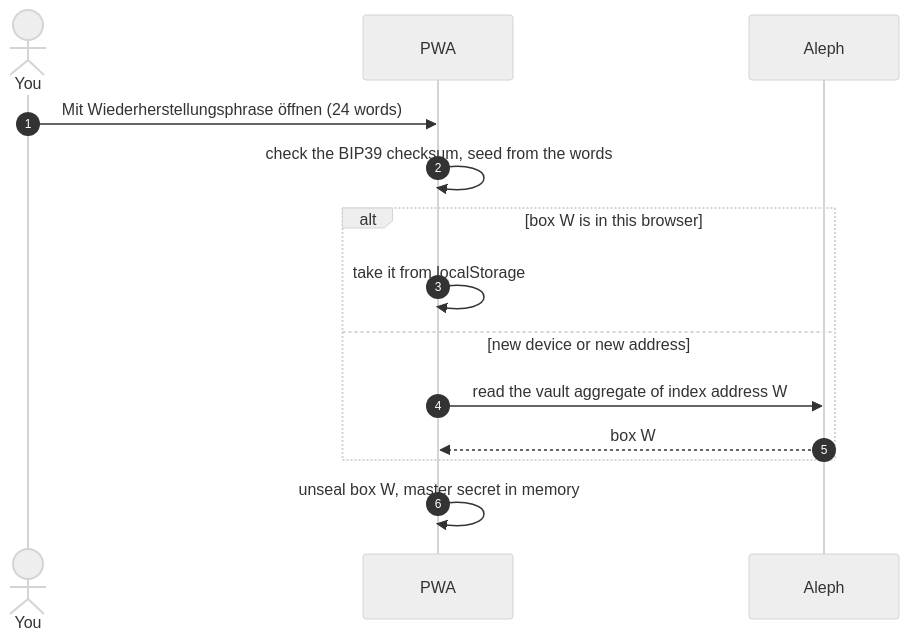
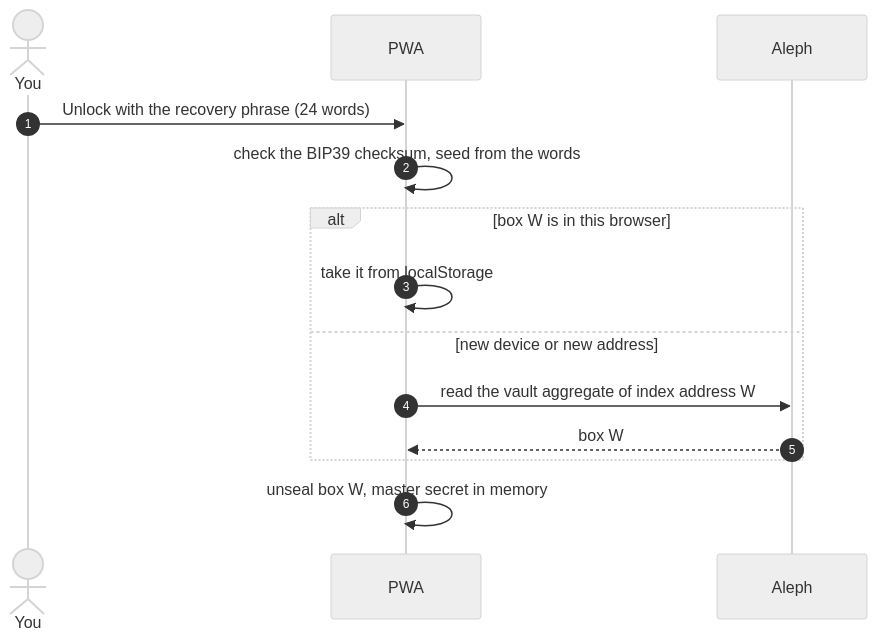
Before and after one commit to Le-Space/paperless-anywhere: the fourth of 5 diagrams in docs/keys-and-recovery.md, drawn with Mermaid (neutral theme). The commit also changed other lines of this file and 4 other files, not shown here.

````diff
--- a/docs/keys-and-recovery.md
+++ b/docs/keys-and-recovery.md
@@ -131,17 +131,17 @@
 ```mermaid
 sequenceDiagram
     autonumber
     actor You
     participant PWA
     participant Aleph
 
-    You->>PWA: Mit Wiederherstellungsphrase öffnen (24 words)
+    You->>PWA: Unlock with the recovery phrase (24 words)
     PWA->>PWA: check the BIP39 checksum, seed from the words
     alt box W is in this browser
         PWA->>PWA: take it from localStorage
     else new device or new address
         PWA->>Aleph: read the vault aggregate of index address W
         Aleph-->>PWA: box W
     end
     PWA->>PWA: unseal box W, master secret in memory
 ```
````
